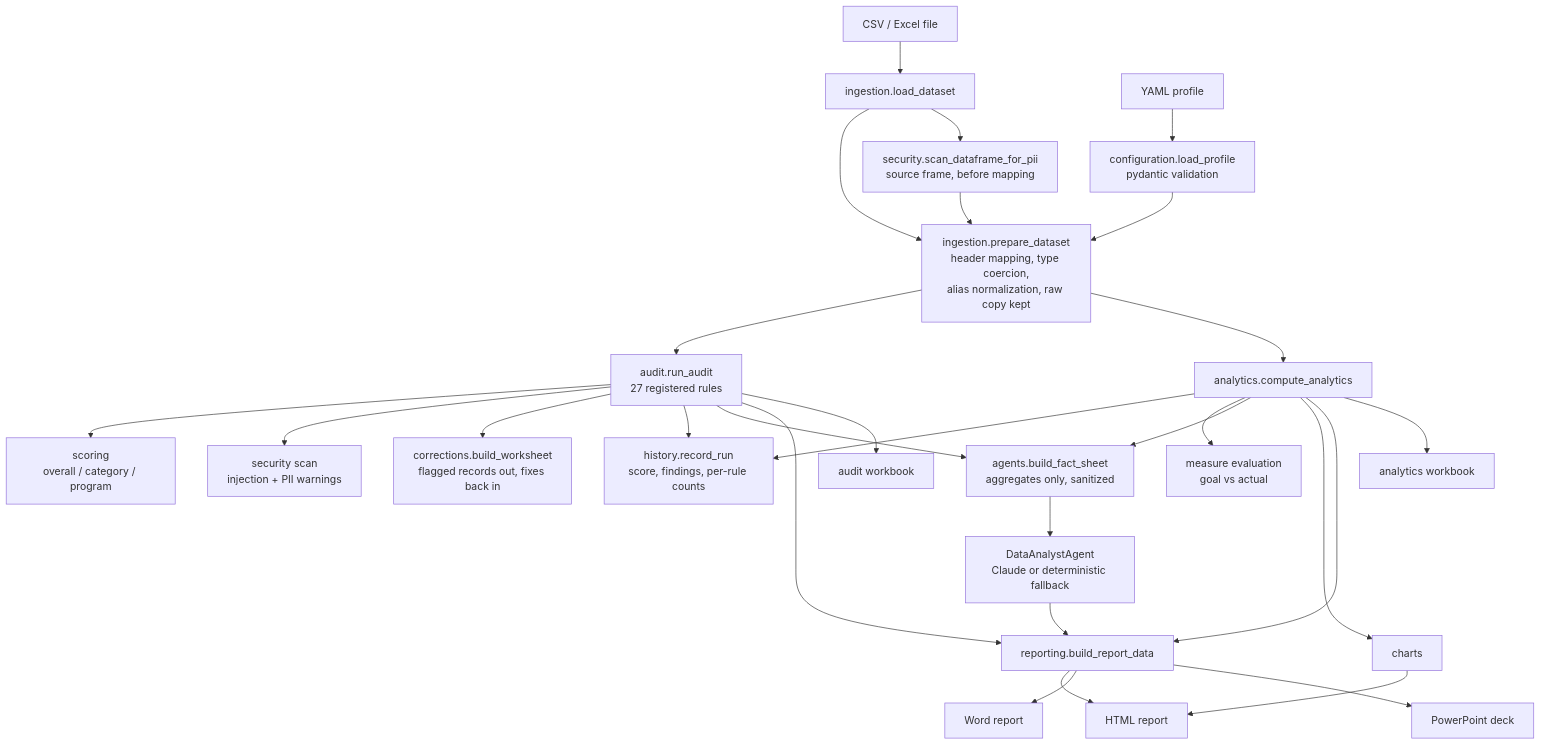
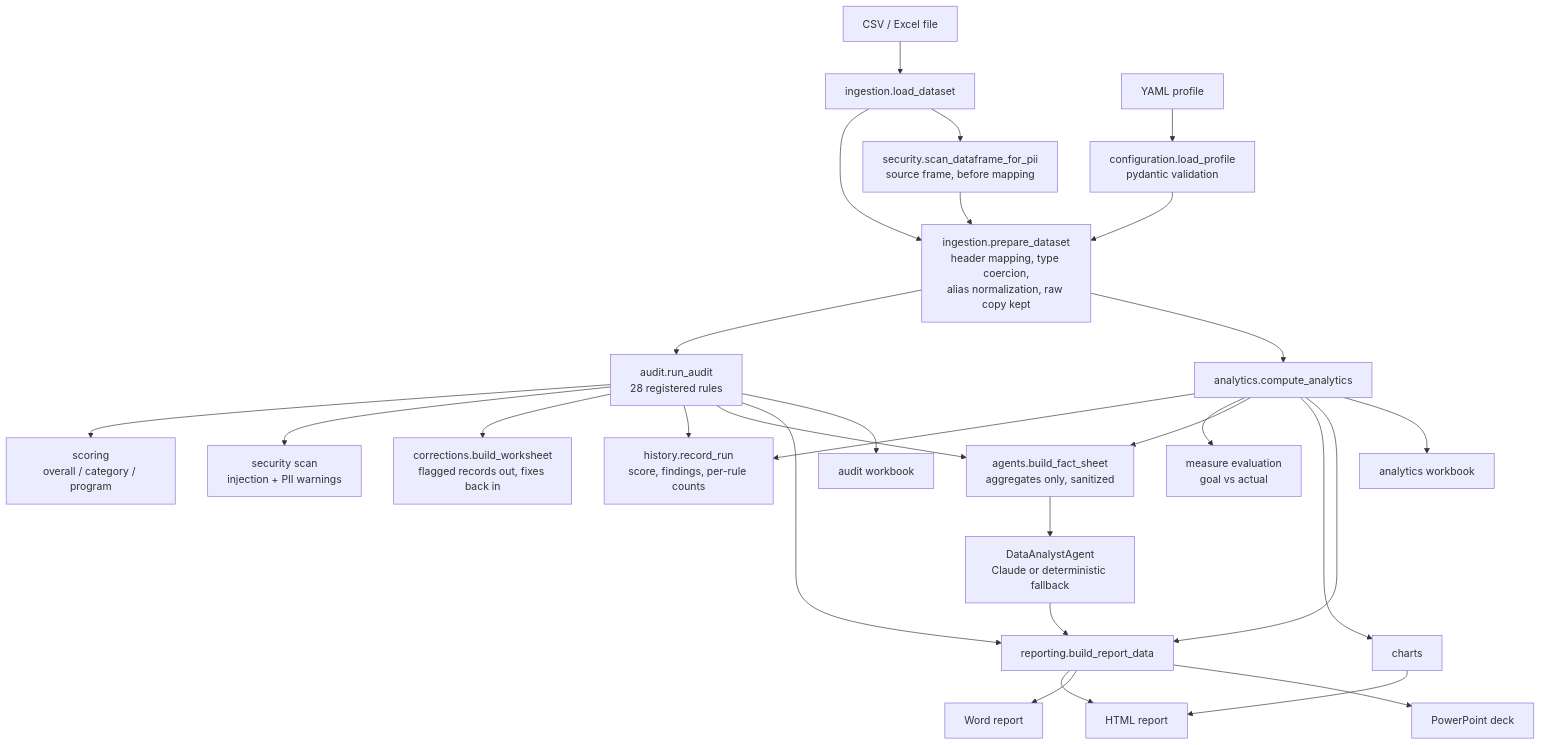
The diagram in docs/architecture.md (stve099/Grant-Data-Quality-Reporting-Assistant), drawn with Mermaid before and after one commit. The commit also changed 8 other files, not shown here.

````diff
--- a/docs/architecture.md
+++ b/docs/architecture.md
@@ -20,30 +20,30 @@
 ```mermaid
 flowchart TD
     F[CSV / Excel file] --> L[ingestion.load_dataset]
     Y[YAML profile] --> V[configuration.load_profile<br/>pydantic validation]
     L --> P[ingestion.prepare_dataset<br/>header mapping, type coercion,<br/>alias normalization, raw copy kept]
     V --> P
     L --> PII[security.scan_dataframe_for_pii<br/>source frame, before mapping]
     PII --> P
-    P --> AU[audit.run_audit<br/>27 registered rules]
+    P --> AU[audit.run_audit<br/>28 registered rules]
     P --> AN[analytics.compute_analytics]
     AU --> S[scoring<br/>overall / category / program]
     AU --> W[security scan<br/>injection + PII warnings]
     AU --> CW[corrections.build_worksheet<br/>flagged records out, fixes back in]
     AU --> HI[history.record_run<br/>score, findings, per-rule counts]
     AN --> HI
     AN --> ME[measure evaluation<br/>goal vs actual]
     AU --> FS[agents.build_fact_sheet<br/>aggregates only, sanitized]
     AN --> FS
     FS --> AG[DataAnalystAgent<br/>Claude or deterministic fallback]
     AN --> CH[charts]
     AG --> RB[reporting.build_report_data]
     AU --> RB
     AN --> RB
     CH --> HTML[HTML report]
     RB --> HTML
     RB --> DOCX[Word report]
     RB --> PPTX[PowerPoint deck]
     AU --> XLSX1[audit workbook]
     AN --> XLSX2[analytics workbook]
 ```
````
